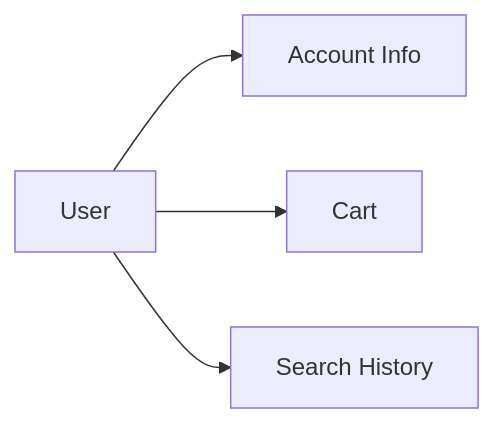
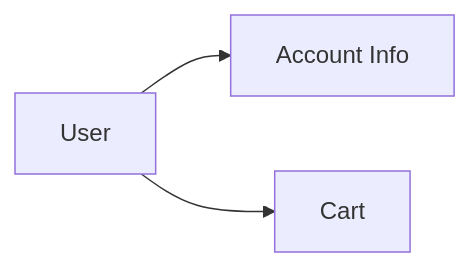
Before and after one commit to MattisZheng/e-commerce: the third of 3 diagrams in README.md, drawn with Mermaid. The commit also changed other lines of this file and 1 other file, not shown here.

````diff
--- a/README.md
+++ b/README.md
@@ -55,10 +57,9 @@
 ```mermaid
 flowchart LR
 
 user[User]
   accountInfo[Account Info]
   cart[Cart]
-  searchHistory[Search History]
 
-user --> accountInfo & cart & searchHistory
+user --> accountInfo & cart
 ```
````
